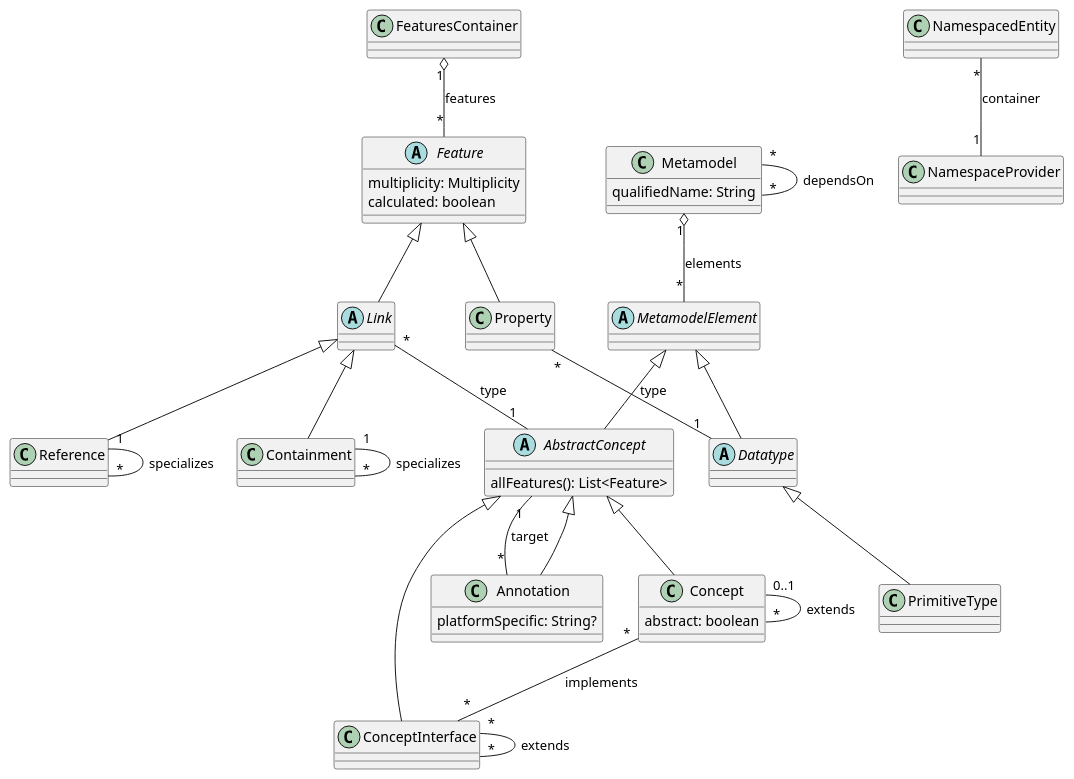
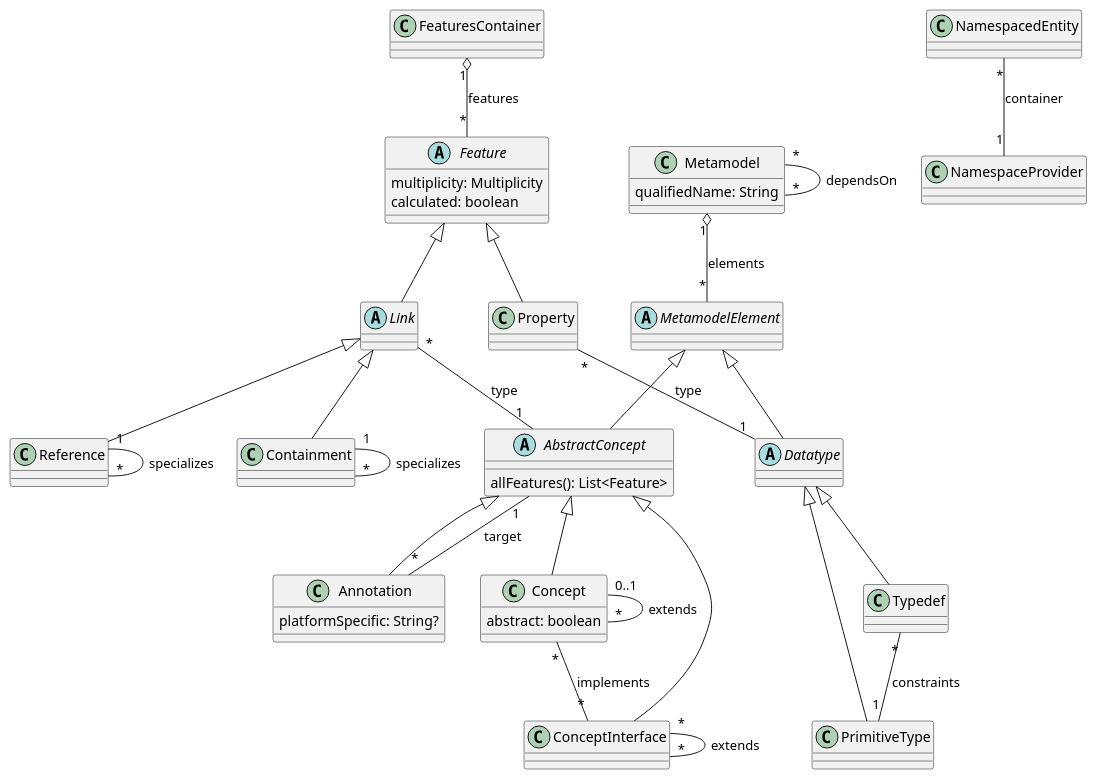
One commit to LionWeb-io/specification changed the diagram in lioncore/metametamodel_simplified.puml. Above: the diagram before and after it, drawn with PlantUML. The commit also changed 1 other file, not shown here.

```diff
--- a/lioncore/metametamodel_simplified.puml
+++ b/lioncore/metametamodel_simplified.puml
@@ -1,69 +1,73 @@
 @startuml
 
 ' classes
 
 class Metamodel  {
   qualifiedName: String
 }
 
 class Concept extends AbstractConcept {
   abstract: boolean
 }
 
 class ConceptInterface extends AbstractConcept
 
 class PrimitiveType extends Datatype
+
+class Typedef extends Datatype
 
 class Annotation extends AbstractConcept  {
   platformSpecific: String?
 }
 
 class Containment extends Link
 
 class Reference extends Link
 
 class Property extends Feature
 
 ' Abstract classes
 
 abstract class MetamodelElement
 
 abstract class AbstractConcept extends MetamodelElement {
   allFeatures(): List<Feature>
 }
 
 abstract class Datatype extends MetamodelElement
 
 abstract class Feature {
   multiplicity: Multiplicity
   calculated: boolean
 }
 
 abstract class Link extends Feature {
 }
 
 ' Relations
 
 Metamodel "1" o-- "*" MetamodelElement: elements
 Metamodel "*" -- "*" Metamodel: dependsOn
 
 Concept "0..1" -- "*" Concept: extends
 Concept "*" -- "*" ConceptInterface: implements
 
 ConceptInterface "*" -- "*" ConceptInterface: extends
 
 Annotation "*" -- "1" AbstractConcept: target
 
 Containment "1" -- "*" Containment: specializes
 
 Reference "1" -- "*" Reference: specializes
 
 Property "*" -- "1" Datatype: type
 
 Link "*" -- "1" AbstractConcept: type
 
 NamespacedEntity "*" -- "1" NamespaceProvider: container
 
 FeaturesContainer "1" o-- "*" Feature: features
 
+Typedef "*" -- "1" PrimitiveType: constraints
+
 @enduml
```
